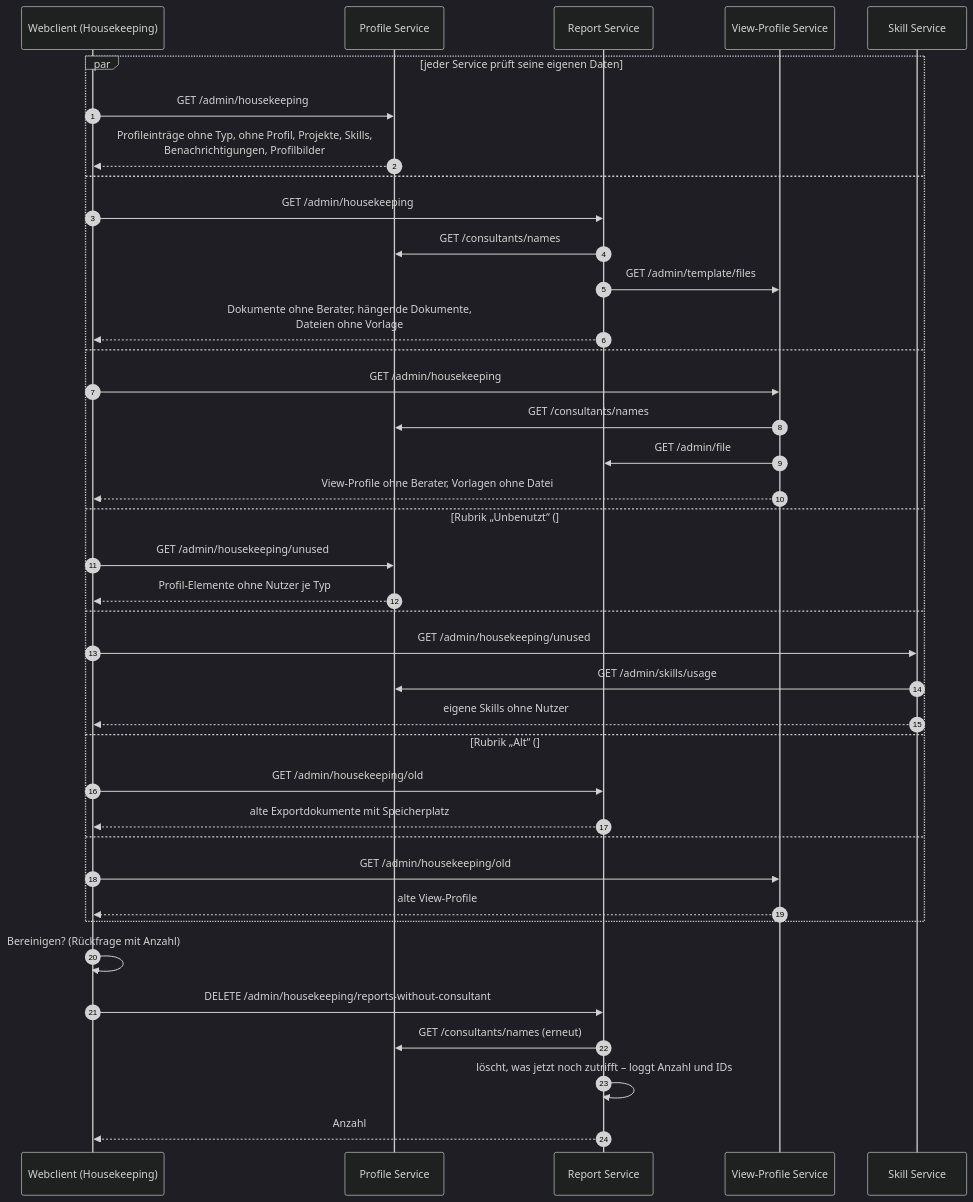
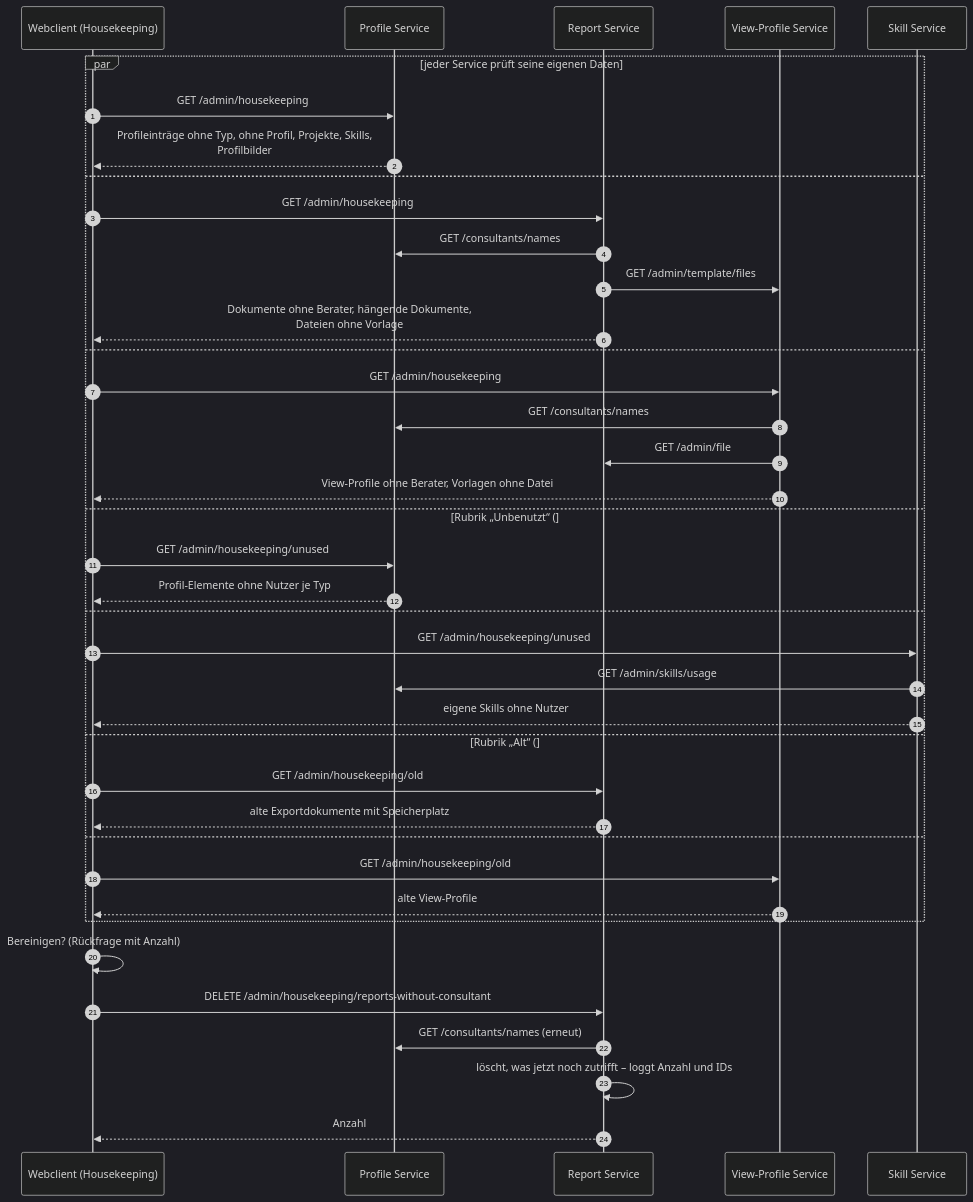
One commit to HBTGmbH/hbt-power changed the eighth of 8 diagrams in docs/arc42/06-laufzeitsicht.md. Above: the diagram before and after it, drawn with Mermaid (dark theme). The commit also changed other lines of this file and 66 other files, not shown here.

````diff
--- a/docs/arc42/06-laufzeitsicht.md
+++ b/docs/arc42/06-laufzeitsicht.md
@@ -193,42 +193,42 @@
 ```mermaid
 sequenceDiagram
     autonumber
     participant W as Webclient (Housekeeping)
     participant P as Profile Service
     participant R as Report Service
     participant V as View-Profile Service
     participant S as Skill Service
 
     par jeder Service prüft seine eigenen Daten
         W->>P: GET /admin/housekeeping
-        P-->>W: Profileinträge ohne Typ, ohne Profil, Projekte, Skills,<br/>Benachrichtigungen, Profilbilder
+        P-->>W: Profileinträge ohne Typ, ohne Profil, Projekte, Skills,<br/>Profilbilder
     and
         W->>R: GET /admin/housekeeping
         R->>P: GET /consultants/names
         R->>V: GET /admin/template/files
         R-->>W: Dokumente ohne Berater, hängende Dokumente,<br/>Dateien ohne Vorlage
     and
         W->>V: GET /admin/housekeeping
         V->>P: GET /consultants/names
         V->>R: GET /admin/file
         V-->>W: View-Profile ohne Berater, Vorlagen ohne Datei
     and Rubrik „Unbenutzt“ (#288)
         W->>P: GET /admin/housekeeping/unused
         P-->>W: Profil-Elemente ohne Nutzer je Typ
     and
         W->>S: GET /admin/housekeeping/unused
         S->>P: GET /admin/skills/usage
         S-->>W: eigene Skills ohne Nutzer
     and Rubrik „Alt“ (#289)
         W->>R: GET /admin/housekeeping/old
         R-->>W: alte Exportdokumente mit Speicherplatz
     and
         W->>V: GET /admin/housekeeping/old
         V-->>W: alte View-Profile
     end
     W->>W: Bereinigen? (Rückfrage mit Anzahl)
     W->>R: DELETE /admin/housekeeping/reports-without-consultant
     R->>P: GET /consultants/names (erneut)
     R->>R: löscht, was jetzt noch zutrifft – loggt Anzahl und IDs
     R-->>W: Anzahl
 ```
````
